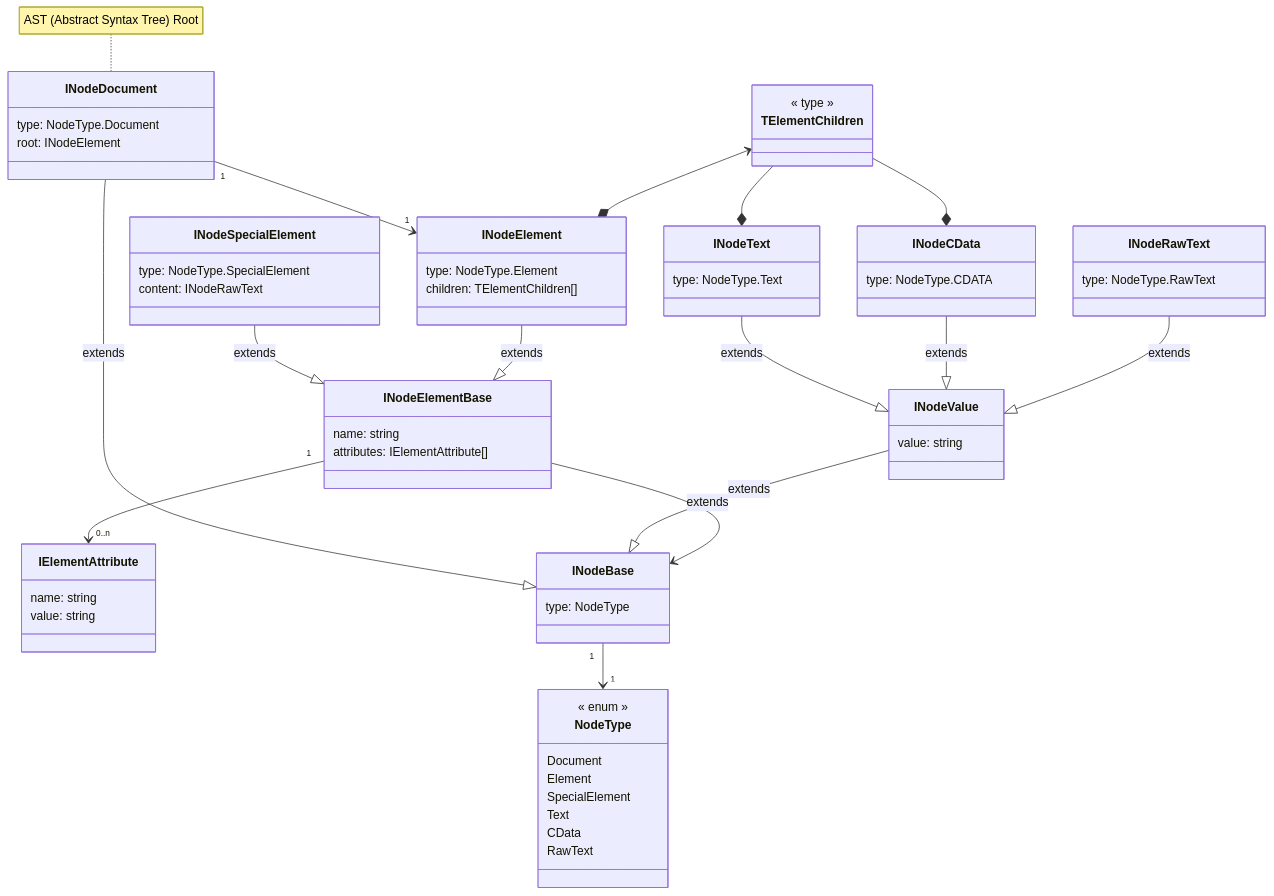
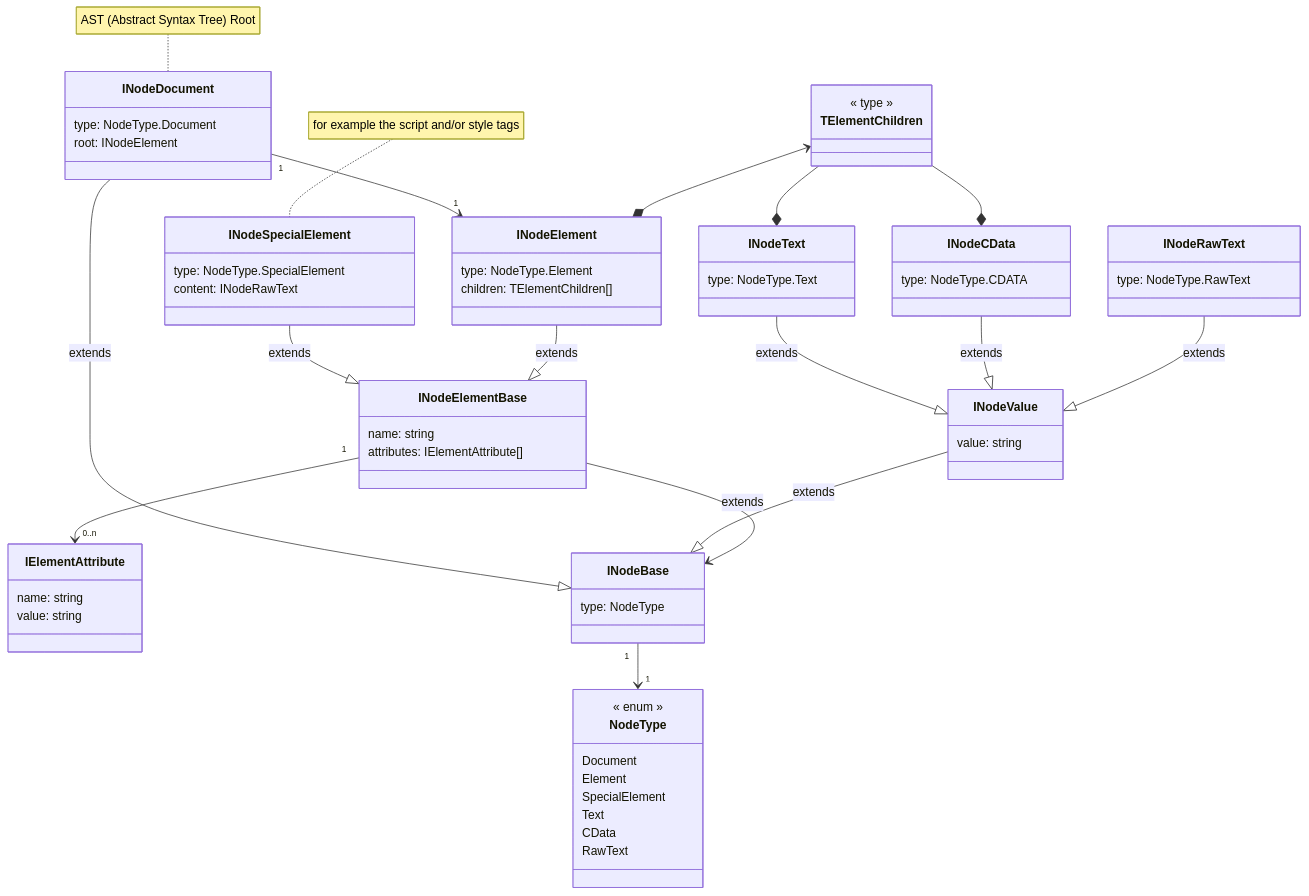
Before and after one commit to erkobridee/ds-ast: the diagram in implementations/ts-parser-xml/README.md, drawn with Mermaid.

Commit message:
update(ts-parser-xml): docs

```diff
--- a/implementations/ts-parser-xml/README.md
+++ b/implementations/ts-parser-xml/README.md
@@ -84,6 +84,8 @@
 classDiagram
 
 note for INodeDocument "AST (Abstract Syntax Tree) Root"
+
+note for INodeSpecialElement "for example the script and/or style tags"
 
 INodeDocument "1" --> "1" INodeElement
 INodeElementBase "1" --> "0..n" IElementAttribute
```
